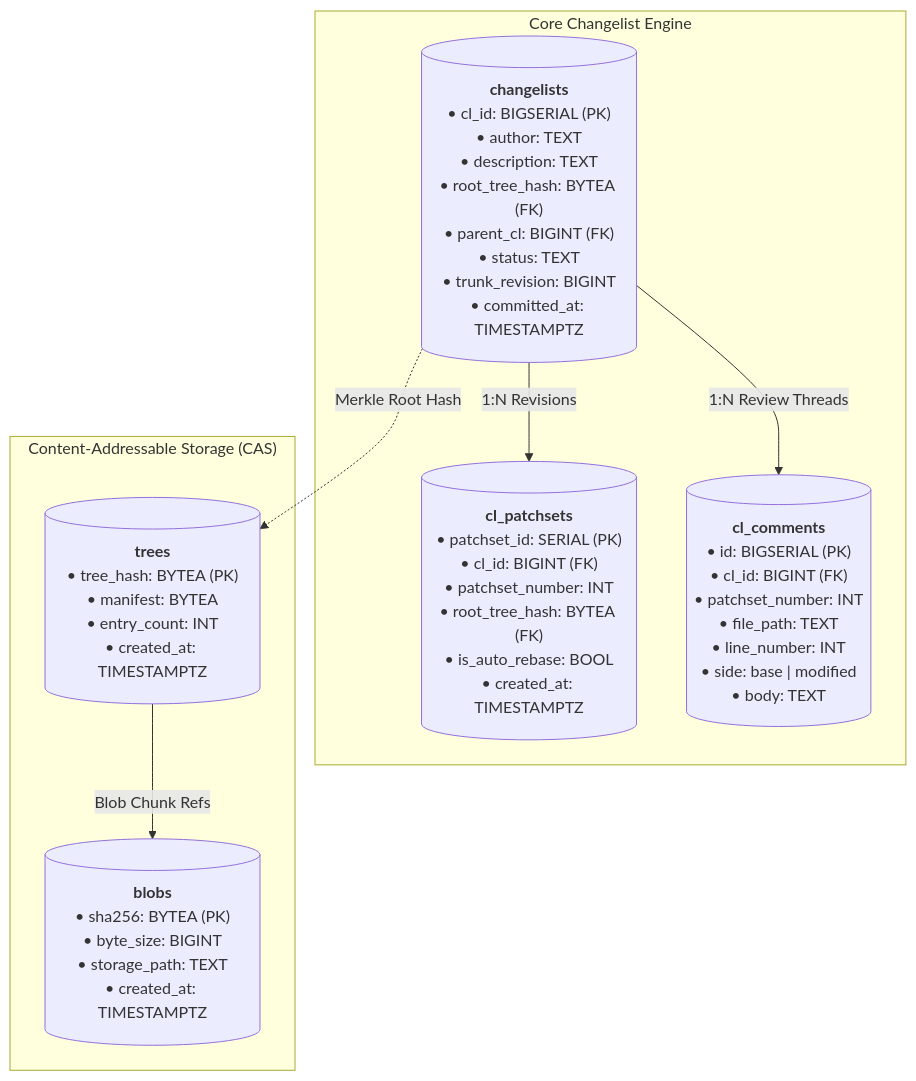
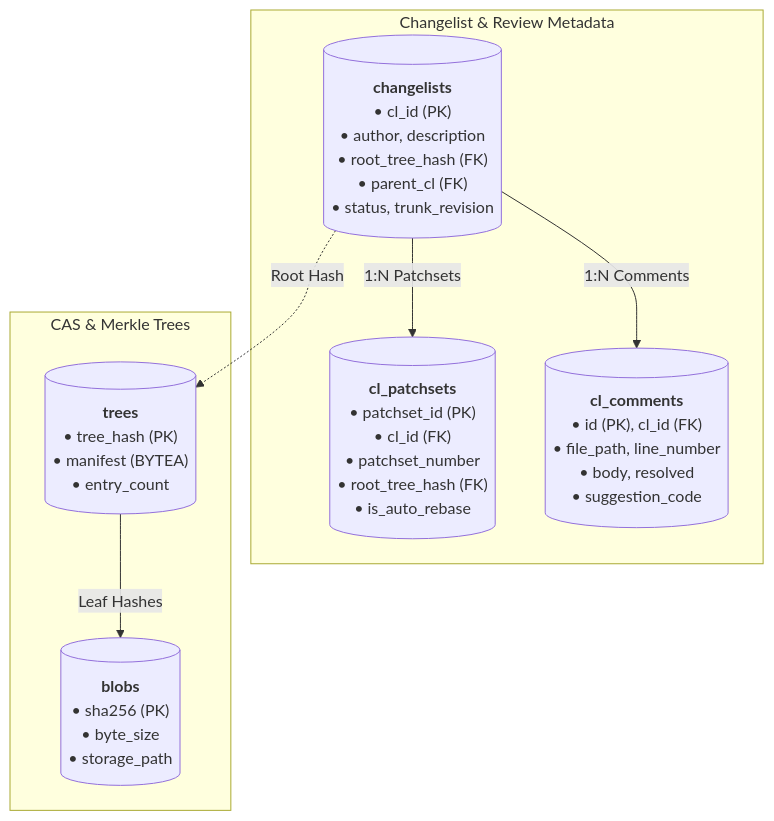
Before and after one commit to mrtnzjsh/niebla: the diagram in docs-site/src/content/docs/components/server.md, drawn with Mermaid. The commit also changed other lines of this file and 40 other files, not shown here.

````diff
--- a/docs-site/src/content/docs/components/server.md
+++ b/docs-site/src/content/docs/components/server.md
@@ -23,18 +16,18 @@
 ```mermaid
 flowchart TD
-    subgraph Core["Core Changelist Engine"]
-        CL[("<b>changelists</b><br/>• cl_id: BIGSERIAL (PK)<br/>• author: TEXT<br/>• description: TEXT<br/>• root_tree_hash: BYTEA (FK)<br/>• parent_cl: BIGINT (FK)<br/>• status: TEXT<br/>• trunk_revision: BIGINT<br/>• committed_at: TIMESTAMPTZ")]
-        PS[("<b>cl_patchsets</b><br/>• patchset_id: SERIAL (PK)<br/>• cl_id: BIGINT (FK)<br/>• patchset_number: INT<br/>• root_tree_hash: BYTEA (FK)<br/>• is_auto_rebase: BOOL<br/>• created_at: TIMESTAMPTZ")]
-        CM[("<b>cl_comments</b><br/>• id: BIGSERIAL (PK)<br/>• cl_id: BIGINT (FK)<br/>• patchset_number: INT<br/>• file_path: TEXT<br/>• line_number: INT<br/>• side: base | modified<br/>• body: TEXT")]
+    subgraph Metadata["Changelist & Review Metadata"]
+        CL[("<b>changelists</b><br/>• cl_id (PK)<br/>• author, description<br/>• root_tree_hash (FK)<br/>• parent_cl (FK)<br/>• status, trunk_revision")]
+        PS[("<b>cl_patchsets</b><br/>• patchset_id (PK)<br/>• cl_id (FK)<br/>• patchset_number<br/>• root_tree_hash (FK)<br/>• is_auto_rebase")]
+        CM[("<b>cl_comments</b><br/>• id (PK), cl_id (FK)<br/>• file_path, line_number<br/>• body, resolved<br/>• suggestion_code")]
     end
 
-    subgraph Storage["Content-Addressable Storage (CAS)"]
-        TR[("<b>trees</b><br/>• tree_hash: BYTEA (PK)<br/>• manifest: BYTEA<br/>• entry_count: INT<br/>• created_at: TIMESTAMPTZ")]
-        BL[("<b>blobs</b><br/>• sha256: BYTEA (PK)<br/>• byte_size: BIGINT<br/>• storage_path: TEXT<br/>• created_at: TIMESTAMPTZ")]
+    subgraph Storage["CAS & Merkle Trees"]
+        TR[("<b>trees</b><br/>• tree_hash (PK)<br/>• manifest (BYTEA)<br/>• entry_count")]
+        BL[("<b>blobs</b><br/>• sha256 (PK)<br/>• byte_size<br/>• storage_path")]
     end
 
-    CL -->|"1:N Revisions"| PS
-    CL -->|"1:N Review Threads"| CM
-    CL -.->|"Merkle Root Hash"| TR
-    TR -->|"Blob Chunk Refs"| BL
+    CL -->|"1:N Patchsets"| PS
+    CL -->|"1:N Comments"| CM
+    CL -.->|"Root Hash"| TR
+    TR -->|"Leaf Hashes"| BL
 ```
````
